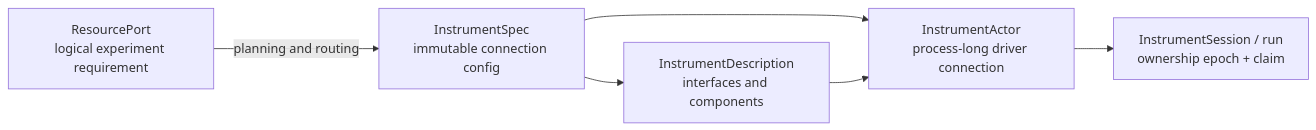
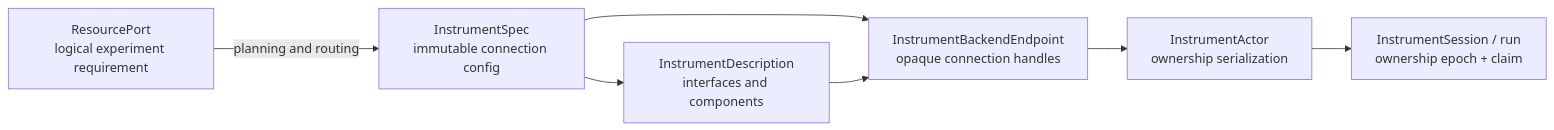
Before and after one commit to kahojyun/scopecat: the diagram in docs/instrument-control.md, drawn with Mermaid. The commit also changed other lines of this file and 7 other files, not shown here.

Commit message:
refactor: hide drivers behind backend handles

````diff
--- a/docs/instrument-control.md
+++ b/docs/instrument-control.md
@@ -16,14 +16,16 @@
 ```mermaid
 flowchart LR
     C["InstrumentSpec<br/>immutable connection config"]
     D["InstrumentDescription<br/>interfaces and components"]
-    A["InstrumentActor<br/>process-long driver connection"]
+    B["InstrumentBackendEndpoint<br/>opaque connection handles"]
+    A["InstrumentActor<br/>ownership serialization"]
     S["InstrumentSession / run<br/>ownership epoch + claim"]
     R["ResourcePort<br/>logical experiment requirement"]
 
     C --> D
-    C --> A
-    D --> A
+    C --> B
+    D --> B
+    B --> A
     A --> S
     R -->|"planning and routing"| C
 ```
````
